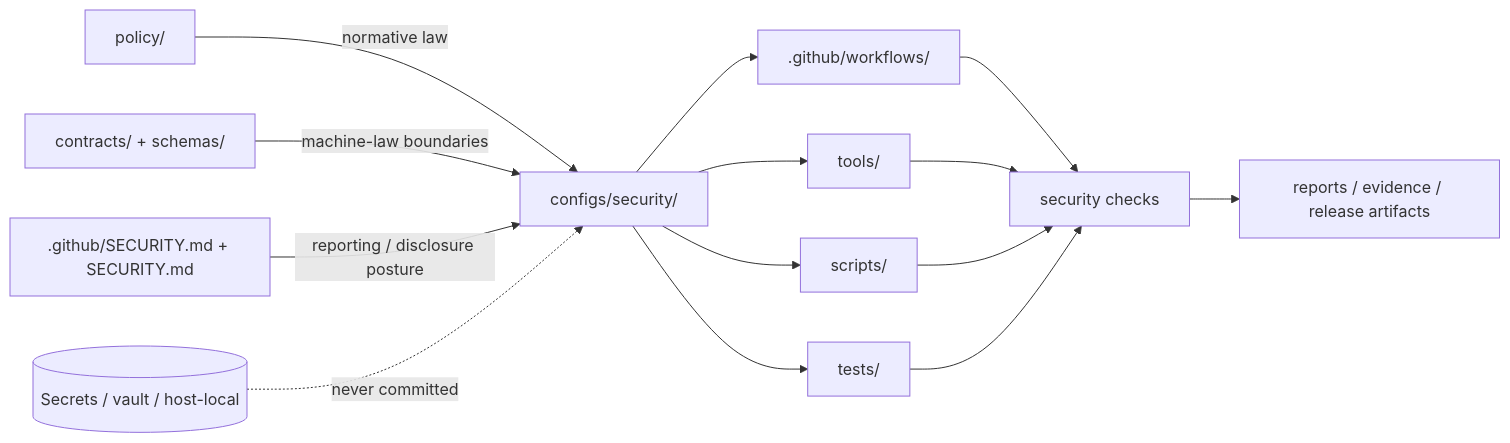
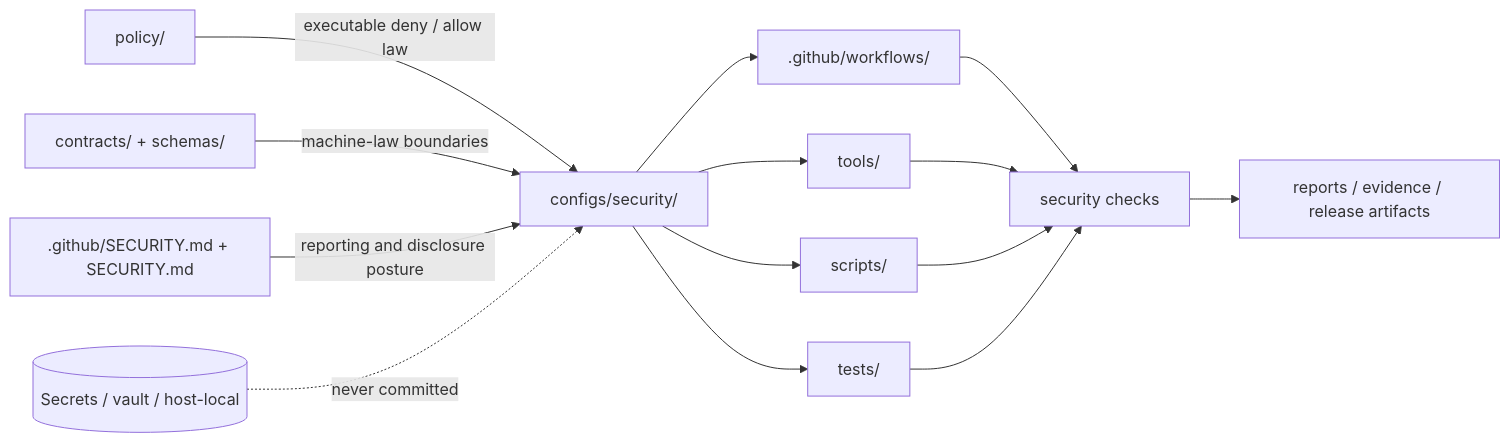
Before and after one commit to bartytime4life/Kansas-Frontier-Matrix: the diagram in configs/security/README.md, drawn with Mermaid. The commit also changed other lines of this file, not shown here.

````diff
--- a/configs/security/README.md
+++ b/configs/security/README.md
@@ -243,20 +244,20 @@
 ```mermaid
 flowchart LR
-    A[policy/] -->|normative law| B[configs/security/]
-    C[contracts/ + schemas/] -->|machine-law boundaries| B
-    D[.github/SECURITY.md + SECURITY.md] -->|reporting / disclosure posture| B
+    P[policy/] -->|executable deny / allow law| C[configs/security/]
+    CS[contracts/ + schemas/] -->|machine-law boundaries| C
+    SP[.github/SECURITY.md + SECURITY.md] -->|reporting and disclosure posture| C
 
-    B --> E[.github/workflows/]
-    B --> F[tools/]
-    B --> G[scripts/]
-    B --> H[tests/]
+    C --> W[.github/workflows/]
+    C --> T[tools/]
+    C --> S[scripts/]
+    C --> X[tests/]
 
-    E --> I[security checks]
-    F --> I
-    G --> I
-    H --> I
+    W --> R[security checks]
+    T --> R
+    S --> R
+    X --> R
 
-    I --> J[reports / evidence / release artifacts]
+    R --> E[reports / evidence / release artifacts]
 
-    S[(Secrets / vault / host-local)] -. never committed .-> B
+    V[(Secrets / vault / host-local)] -. never committed .-> C
 ```
````
